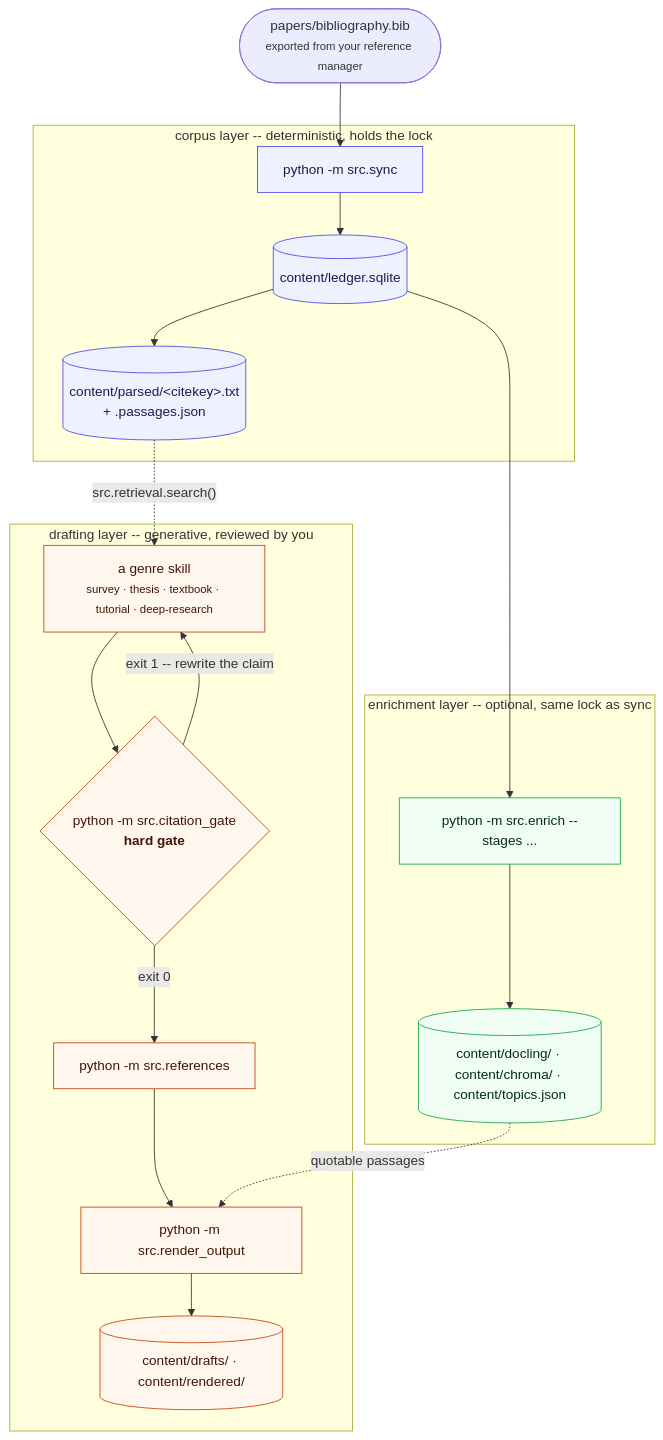
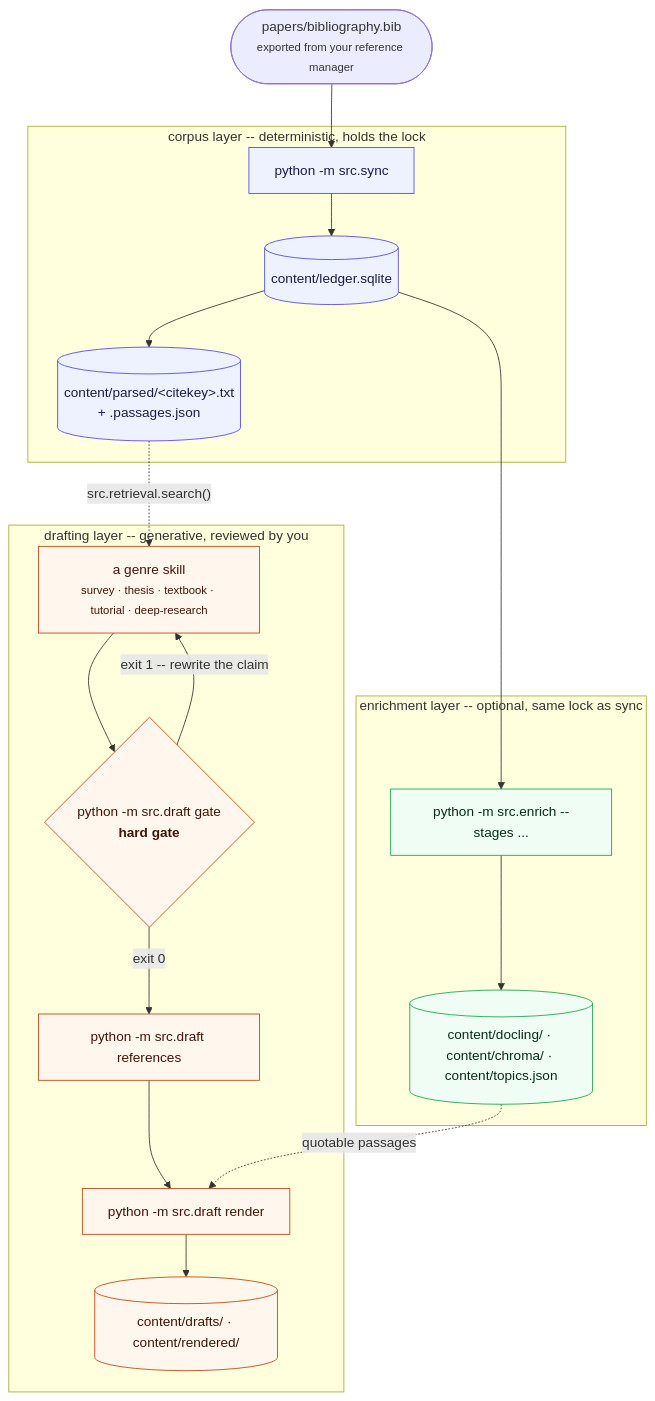
The second of 3 diagrams in docs/LADDERS.md (prasadtalasila/chitragupta), drawn with Mermaid before and after one commit. The commit also changed other lines of this file and 66 other files, not shown here.

````diff
--- a/docs/LADDERS.md
+++ b/docs/LADDERS.md
@@ -150,40 +150,40 @@
 ```mermaid
 flowchart TB
 
   BIB(["papers/bibliography.bib<br/><small>exported from your reference manager</small>"])
 
   subgraph CORPUS["corpus layer -- deterministic, holds the lock"]
     SYNC["python -m src.sync"]
     LEDGER[("content/ledger.sqlite")]
     PARSED[("content/parsed/&lt;citekey&gt;.txt<br/>+ .passages.json")]
   end
 
   subgraph DRAFTING["drafting layer -- generative, reviewed by you"]
     SKILL["a genre skill<br/><small>survey · thesis · textbook · tutorial · deep-research</small>"]
-    GATE{"python -m src.citation_gate<br/><b>hard gate</b>"}
-    REFS["python -m src.references"]
-    RENDER["python -m src.render_output"]
+    GATE{"python -m src.draft gate<br/><b>hard gate</b>"}
+    REFS["python -m src.draft references"]
+    RENDER["python -m src.draft render"]
     DRAFT[("content/drafts/ · content/rendered/")]
   end
 
   subgraph ENRICH["enrichment layer -- optional, same lock as sync"]
     ENR["python -m src.enrich --stages ..."]
     ART[("content/docling/ · content/chroma/ · content/topics.json")]
   end
 
   BIB --> SYNC --> LEDGER --> PARSED
   PARSED -.->|"src.retrieval.search()"| SKILL
   SKILL --> GATE
   GATE -->|"exit 1 -- rewrite the claim"| SKILL
   GATE -->|"exit 0"| REFS --> RENDER --> DRAFT
   LEDGER --> ENR
   ENR --> ART
   ART -.->|"quotable passages"| RENDER
 
   classDef corpus fill:#eef2ff,stroke:#4f46e5,color:#1e1b4b
   classDef draft fill:#fff7ed,stroke:#c2410c,color:#431407
   classDef enrich fill:#f0fdf4,stroke:#16a34a,color:#052e16
   class SYNC,LEDGER,PARSED corpus
   class SKILL,GATE,REFS,RENDER,DRAFT draft
   class ENR,ART enrich
 ```
````
